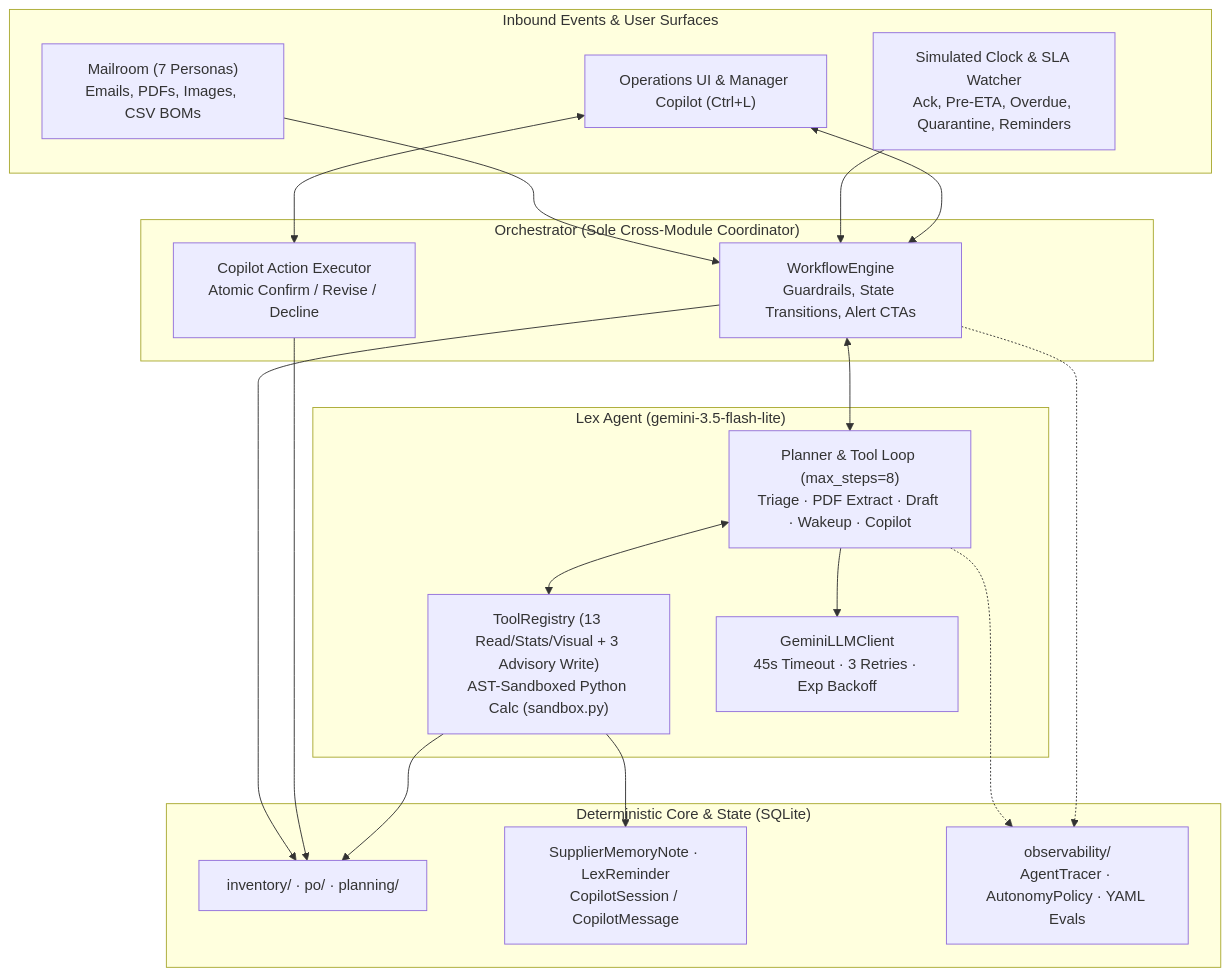
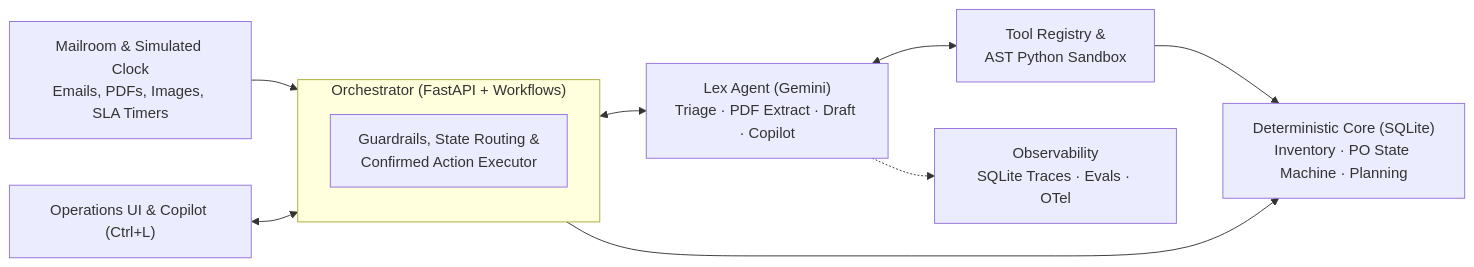
One commit to Cheonma-ds/Inv_Plan changed the diagram in README.md. Above: the diagram before and after it, drawn with Mermaid. The commit also changed other lines of this file and 1 other file, not shown here.

Commit message:
docs: rewrite README for recruiters and relocate detailed architecture specs

````diff
--- a/README.md
+++ b/README.md
@@ -38,39 +39,15 @@
 ```mermaid
-flowchart TB
-    subgraph Events["Inbound Events & User Surfaces"]
-        MAIL["Mailroom (7 Personas)<br/>Emails, PDFs, Images, CSV BOMs"]
-        CLOCK["Simulated Clock & SLA Watcher<br/>Ack, Pre-ETA, Overdue, Quarantine, Reminders"]
-        UI["Operations UI & Manager Copilot (Ctrl+L)"]
+flowchart LR
+    IN["Mailroom & Simulated Clock<br/>Emails, PDFs, Images, SLA Timers"] --> ORCH
+    UI["Operations UI & Copilot (Ctrl+L)"] <--> ORCH
+
+    subgraph ORCH["Orchestrator (FastAPI + Workflows)"]
+        WF["Guardrails, State Routing &<br/>Confirmed Action Executor"]
     end
 
-    subgraph Orch["Orchestrator (Sole Cross-Module Coordinator)"]
-        WF["WorkflowEngine<br/>Guardrails, State Transitions, Alert CTAs"]
-        EXEC["Copilot Action Executor<br/>Atomic Confirm / Revise / Decline"]
-    end
-
-    subgraph Agent["Lex Agent (gemini-3.5-flash-lite)"]
-        PLAN["Planner & Tool Loop (max_steps=8)<br/>Triage · PDF Extract · Draft · Wakeup · Copilot"]
-        TOOLS["ToolRegistry (13 Read/Stats/Visual + 3 Advisory Write)<br/>AST-Sandboxed Python Calc (sandbox.py)"]
-        RETRY["GeminiLLMClient<br/>45s Timeout · 3 Retries · Exp Backoff"]
-    end
-
-    subgraph Core["Deterministic Core & State (SQLite)"]
-        DOM["inventory/ · po/ · planning/"]
-        MEM["SupplierMemoryNote · LexReminder<br/>CopilotSession / CopilotMessage"]
-        OBS["observability/<br/>AgentTracer · AutonomyPolicy · YAML Evals"]
-    end
-
-    MAIL --> WF
-    CLOCK --> WF
-    UI <--> WF
-    UI <--> EXEC
-    WF <--> PLAN
-    PLAN <--> TOOLS
-    PLAN --> RETRY
-    WF --> DOM
-    EXEC --> DOM
-    TOOLS --> DOM
-    TOOLS --> MEM
-    PLAN -.-> OBS
-    WF -.-> OBS
+    ORCH <--> LEX["Lex Agent (Gemini)<br/>Triage · PDF Extract · Draft · Copilot"]
+    LEX <--> TOOLS["Tool Registry &<br/>AST Python Sandbox"]
+    ORCH --> CORE["Deterministic Core (SQLite)<br/>Inventory · PO State Machine · Planning"]
+    TOOLS --> CORE
+    LEX -.-> OBS["Observability<br/>SQLite Traces · Evals · OTel"]
 ```
````
